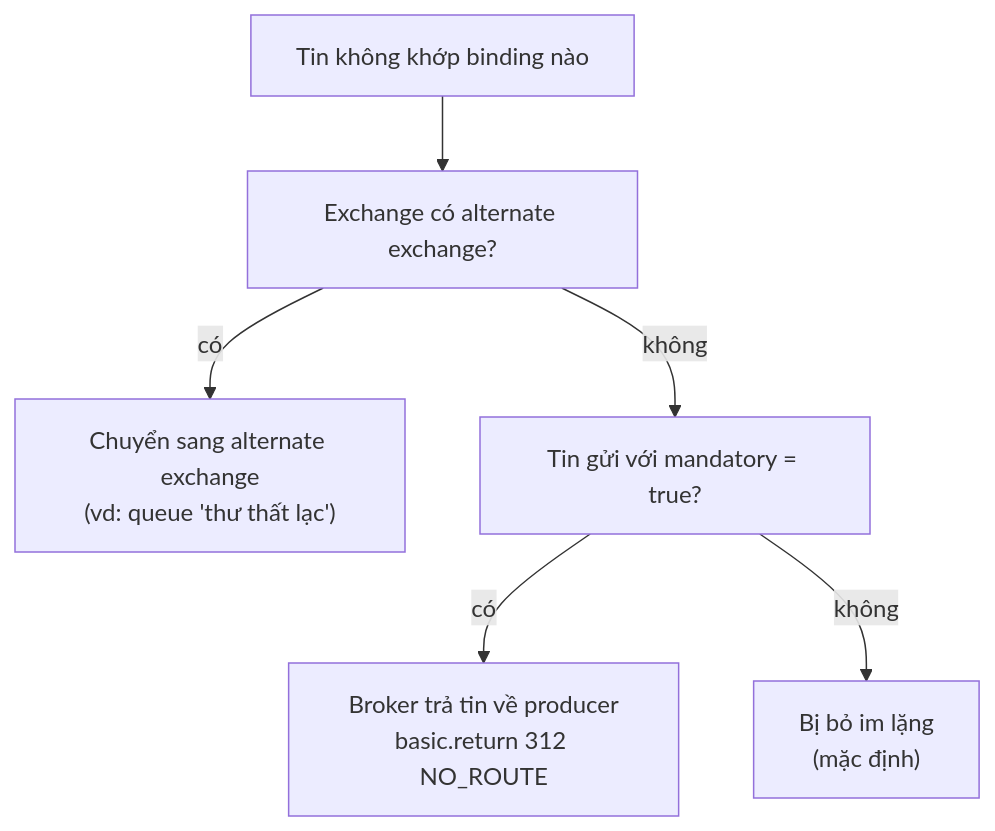
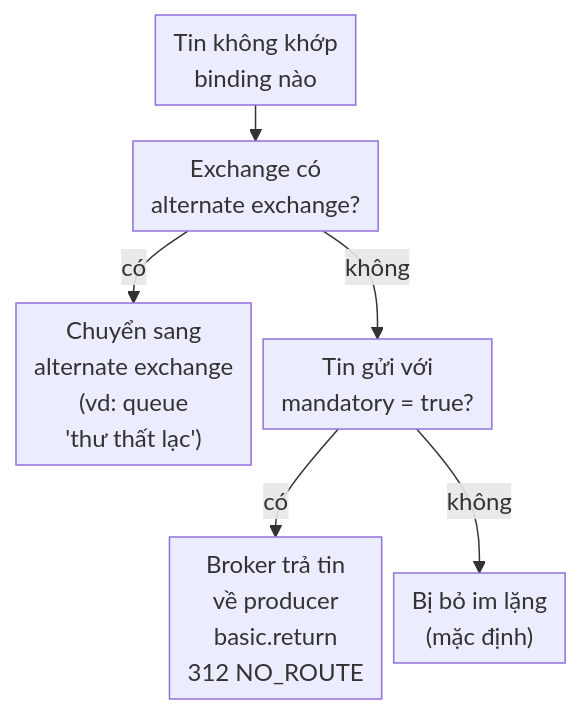
One commit to duongbui234/software-engineering-atlas changed the third of 3 diagrams in content/posts/2026-11-21-rabbitmq-exchanges.md. Above: the diagram before and after it, drawn with Mermaid. The commit also changed other lines of this file and 134 other files, not shown here.

First line of the commit message:
Fit every Mermaid diagram at 390px without sideways scroll (#56)

````diff
--- a/content/posts/2026-11-21-rabbitmq-exchanges.md
+++ b/content/posts/2026-11-21-rabbitmq-exchanges.md
@@ -205,8 +207,9 @@
 ```mermaid
+%%{init: {"flowchart": {"nodeSpacing": 8, "rankSpacing": 24, "padding": 6}}}%%
 flowchart TB
-    M["Tin không khớp binding nào"] --> A["Exchange có alternate exchange?"]
-    A -->|"có"| AE["Chuyển sang alternate exchange<br/>(vd: queue 'thư thất lạc')"]
-    A -->|"không"| B["Tin gửi với mandatory = true?"]
-    B -->|"có"| R["Broker trả tin về producer<br/>basic.return 312 NO_ROUTE"]
+    M["Tin không khớp<br/>binding nào"] --> A["Exchange có<br/>alternate exchange?"]
+    A -->|"có"| AE["Chuyển sang<br/>alternate exchange<br/>(vd: queue<br/>'thư thất lạc')"]
+    A -->|"không"| B["Tin gửi với<br/>mandatory = true?"]
+    B -->|"có"| R["Broker trả tin<br/>về producer<br/>basic.return<br/>312 NO_ROUTE"]
     B -->|"không"| X["Bị bỏ im lặng<br/>(mặc định)"]
 ```
````
